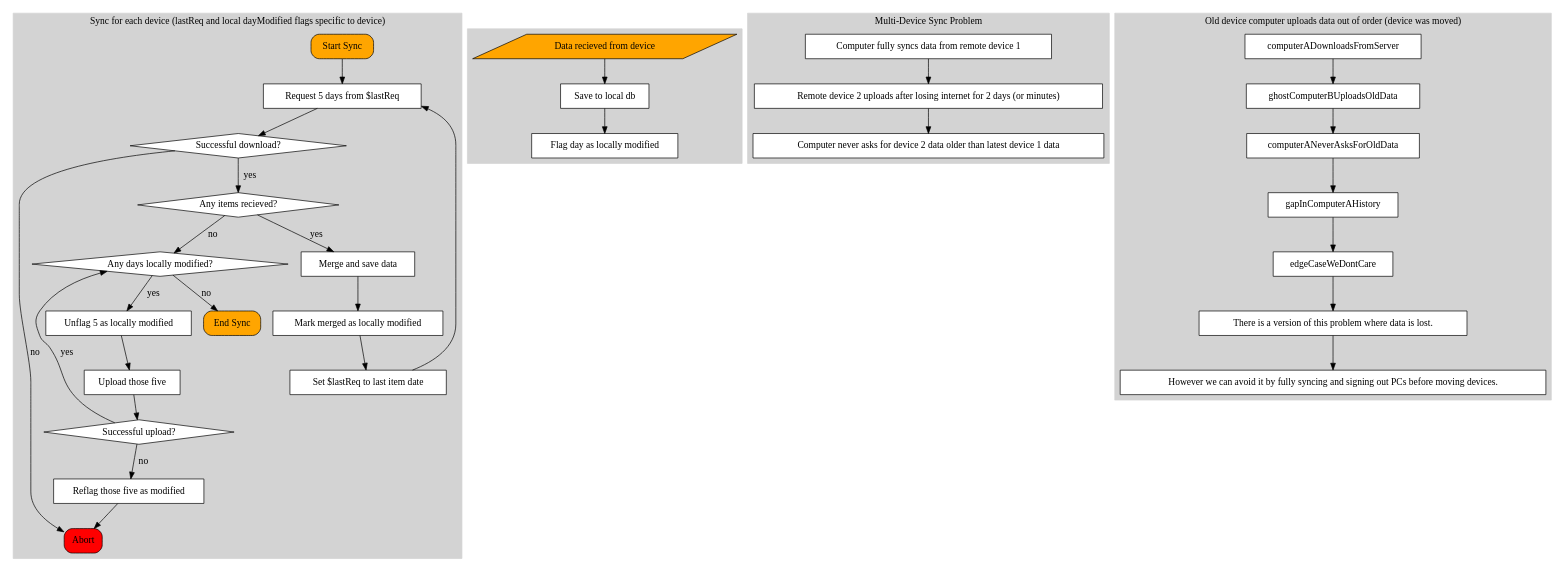
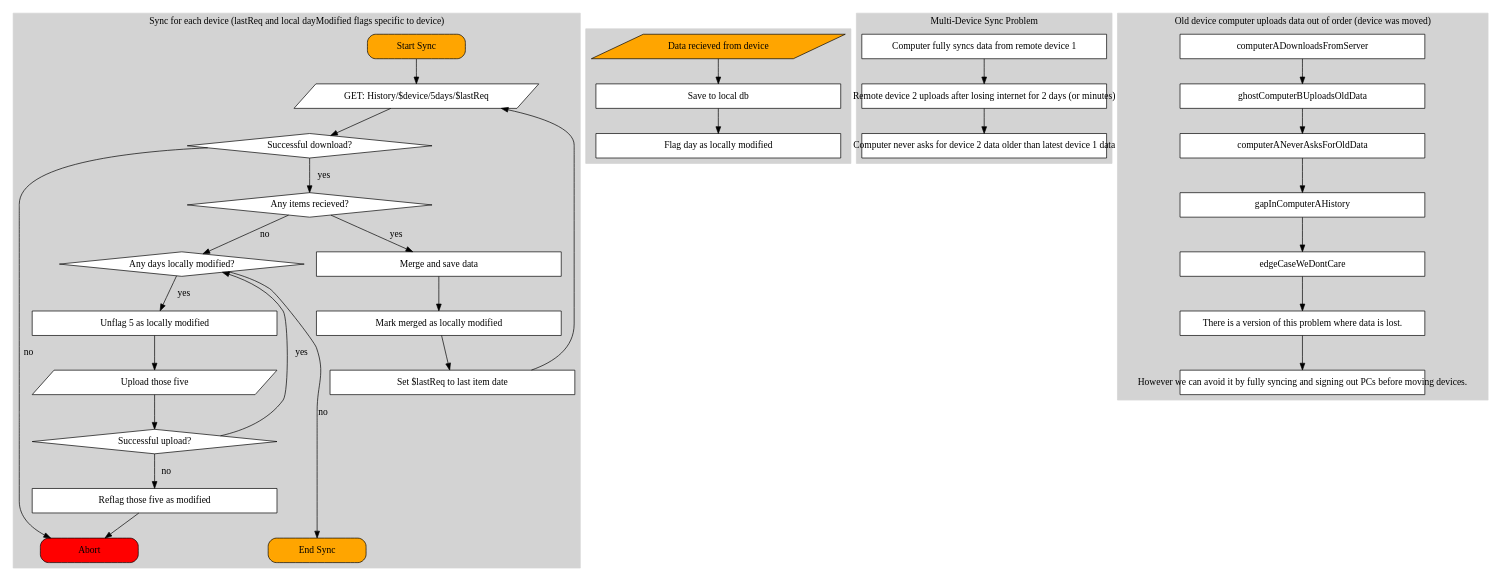
The diagram in design/sync.dot (quickbird-uk/QuickbirdUWPDashboard), drawn with Graphviz before and after one commit. The commit also changed 4 other files, not shown here.

Commit message:
re #133 a different flow chart.

```diff
--- a/design/sync.dot
+++ b/design/sync.dot
@@ -1,82 +1,85 @@
 digraph G {
     /* Entities */
-   node[style="filled", fillcolor="white"];
-   start[label="Start Sync", shape="box", style="rounded,filled", fillcolor="orange"];
-   end[label="End Sync", shape="box", style="rounded,filled", fillcolor="orange"];
-   abort[label="Abort", shape="box", style="rounded,filled", fillcolor="red"];
+   graph[fontname="consolas"];
+   edge[fontname="consolas"];
+   node[style="filled", fillcolor="white", fontname="consolas", fixedsize="true", width="5"];
+   start[label="Start Sync", shape="box", style="rounded,filled", fillcolor="orange", width="2"];
+   end[label="End Sync", shape="box", style="rounded,filled", fillcolor="orange", width="2"];
+   abort[label="Abort", shape="box", style="rounded,filled", fillcolor="red",width="2"];
 
-   reqFive[label="Request 5 days from $lastReq", shape="rectangle"];
+   reqFive[label="GET: History/$device/5days/$lastReq", shape="polygon", sides="4", skew="0.2"];
    anythingRecieved[label="Any items recieved?", shape="diamond"];
    setLastToLastItem[label="Set $lastReq to last item date" , shape="rectangle"];
    mergeAndSave[label="Merge and save data", shape="rectangle"];
    anyDaysLocallyModified[label="Any days locally modified?", shape="diamond"];
    unmarkFive[label="Unflag 5 as locally modified", shape="rectangle"];
-   uploadFive[label="Upload those five", shape="rectangle"];
+   uploadFive[label="Upload those five", shape="polygon", sides="4", skew="0.2"];
    success[label="Successful upload?", shape="diamond"];
    dlsuccess[label="Successful download?", shape="diamond"];
    reflagFive[label="Reflag those five as modified", shape="box"];
    markMergedModified[label="Mark merged as locally modified", shape="box"];
     
     /* Relationships */
 
     subgraph cluster0 {
         label="Sync for each device (lastReq and local dayModified flags specific to device)";
         style="filled";
         color="lightgray";
         start -> reqFive;
         reqFive -> dlsuccess;
         dlsuccess -> anythingRecieved[label=" yes "];
         dlsuccess -> abort[label="no  "]
         anythingRecieved -> mergeAndSave[label=" yes "];
         anythingRecieved -> anyDaysLocallyModified[label=" no "];
         mergeAndSave -> markMergedModified;
         markMergedModified -> setLastToLastItem;
         setLastToLastItem -> reqFive;
         anyDaysLocallyModified -> unmarkFive[label=" yes "];
         unmarkFive -> uploadFive;
         uploadFive -> success;
         success -> anyDaysLocallyModified[label=" yes "];
         success -> reflagFive[label=" no "];
         reflagFive -> abort;
         anyDaysLocallyModified -> end[label="no"];
+        {rank=same; end, abort}
     }
 
 
     subgraph cluster1 {
         style="filled";
         color="lightgray";
         dataFromDevice[label="Data recieved from device", shape="parallelogram", style="filled", fillcolor="orange"];
         saveToDb[label="Save to local db", shape="box"];
         markDayAsLocallyModified[label="Flag day as locally modified", shape="box"];
         
         dataFromDevice -> saveToDb -> markDayAsLocallyModified;
     }
 
 
     subgraph cluster2 {
         style="filled";
         color="lightgray";
         node[shape="box"]
         label="Multi-Device Sync Problem"
 
         computerSyncsAllRemoteDeviceOneData[label="Computer fully syncs data from remote device 1"];
         deviceTwoUploadsAfterBeingOfflineForADay[label="Remote device 2 uploads after losing internet for 2 days (or minutes)"];
         computerNeverAsksForDeviceTwosDataFromYesterday[label="Computer never asks for device 2 data older than latest device 1 data"];
 
         computerSyncsAllRemoteDeviceOneData -> deviceTwoUploadsAfterBeingOfflineForADay -> computerNeverAsksForDeviceTwosDataFromYesterday
 
     }
     subgraph cluster3 {
         style="filled";
         color="lightgray";
         node[shape="box"]
         label="Old device computer uploads data out of order (device was moved)"
 
         comment1[label="There is a version of this problem where data is lost."];
         comment2[label="However we can avoid it by fully syncing and signing out PCs before moving devices."];
         comment1 -> comment2;
 
         computerADownloadsFromServer -> ghostComputerBUploadsOldData -> computerANeverAsksForOldData -> gapInComputerAHistory -> edgeCaseWeDontCare;
         edgeCaseWeDontCare -> comment1;
     }
 }
```
